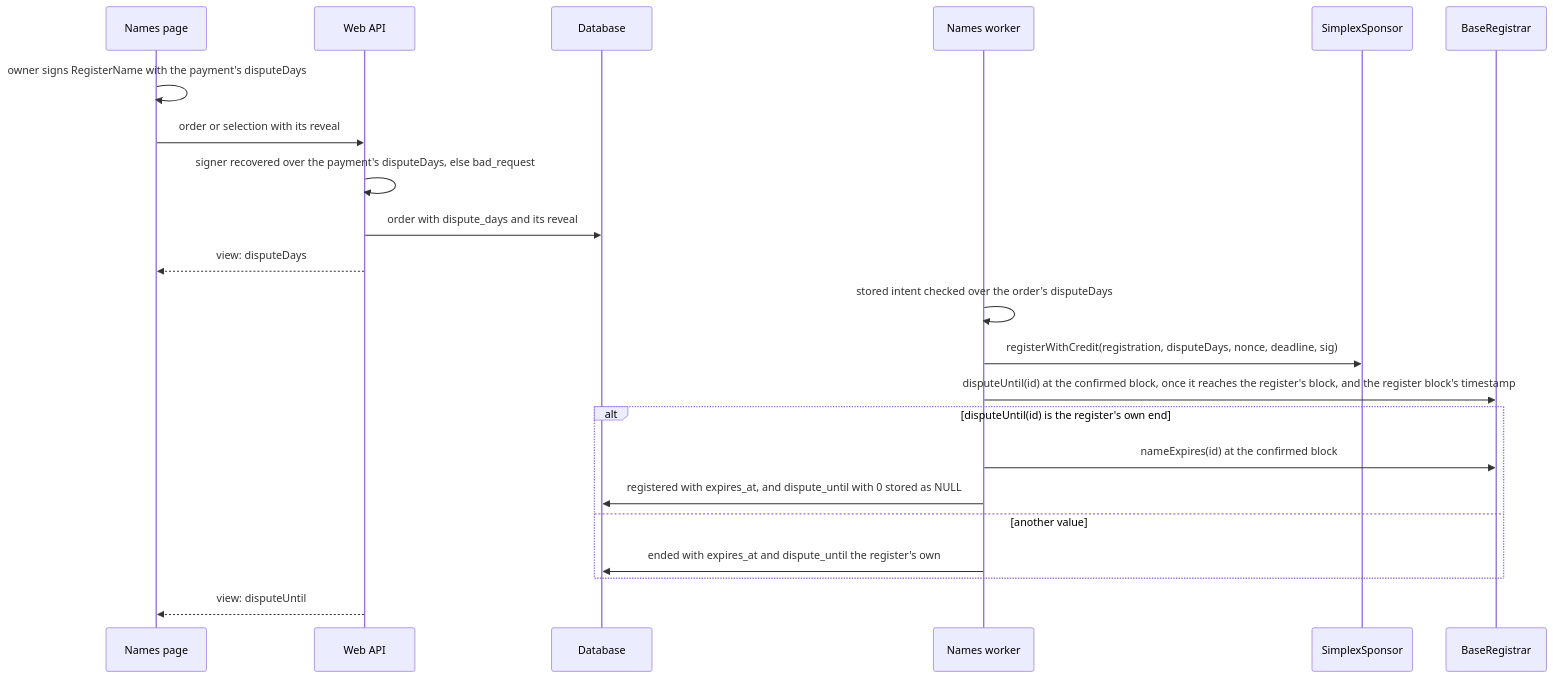
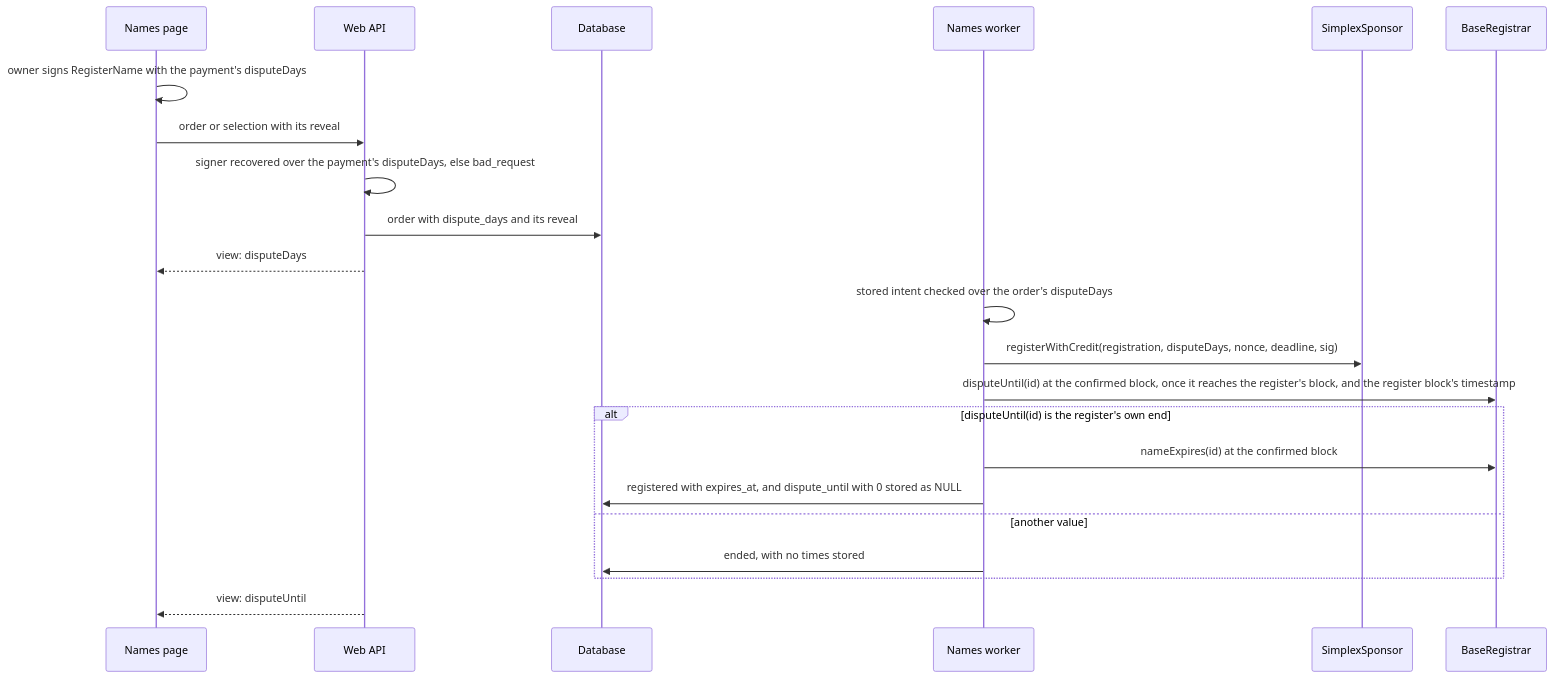
The second of 3 diagrams in plans/2026-11-20-names-dispute-days.md (simplex-chat/simplex-chat), drawn with Mermaid before and after one commit. The commit also changed other lines of this file and 71 other files, not shown here.

````diff
--- a/plans/2026-11-20-names-dispute-days.md
+++ b/plans/2026-11-20-names-dispute-days.md
@@ -138,24 +137,24 @@
 ```mermaid
 sequenceDiagram
   participant P as Names page
   participant W as Web API
   participant D as Database
   participant K as Names worker
   participant S as SimplexSponsor
   participant R as BaseRegistrar
   P->>P: owner signs RegisterName with the payment's disputeDays
   P->>W: order or selection with its reveal
   W->>W: signer recovered over the payment's disputeDays, else bad_request
   W->>D: order with dispute_days and its reveal
   W-->>P: view: disputeDays
   K->>K: stored intent checked over the order's disputeDays
   K->>S: registerWithCredit(registration, disputeDays, nonce, deadline, sig)
   K->>R: disputeUntil(id) at the confirmed block, once it reaches the register's block, and the register block's timestamp
   alt disputeUntil(id) is the register's own end
     K->>R: nameExpires(id) at the confirmed block
     K->>D: registered with expires_at, and dispute_until with 0 stored as NULL
   else another value
-    K->>D: ended with expires_at and dispute_until the register's own
+    K->>D: ended, with no times stored
   end
   W-->>P: view: disputeUntil
 ```
````
